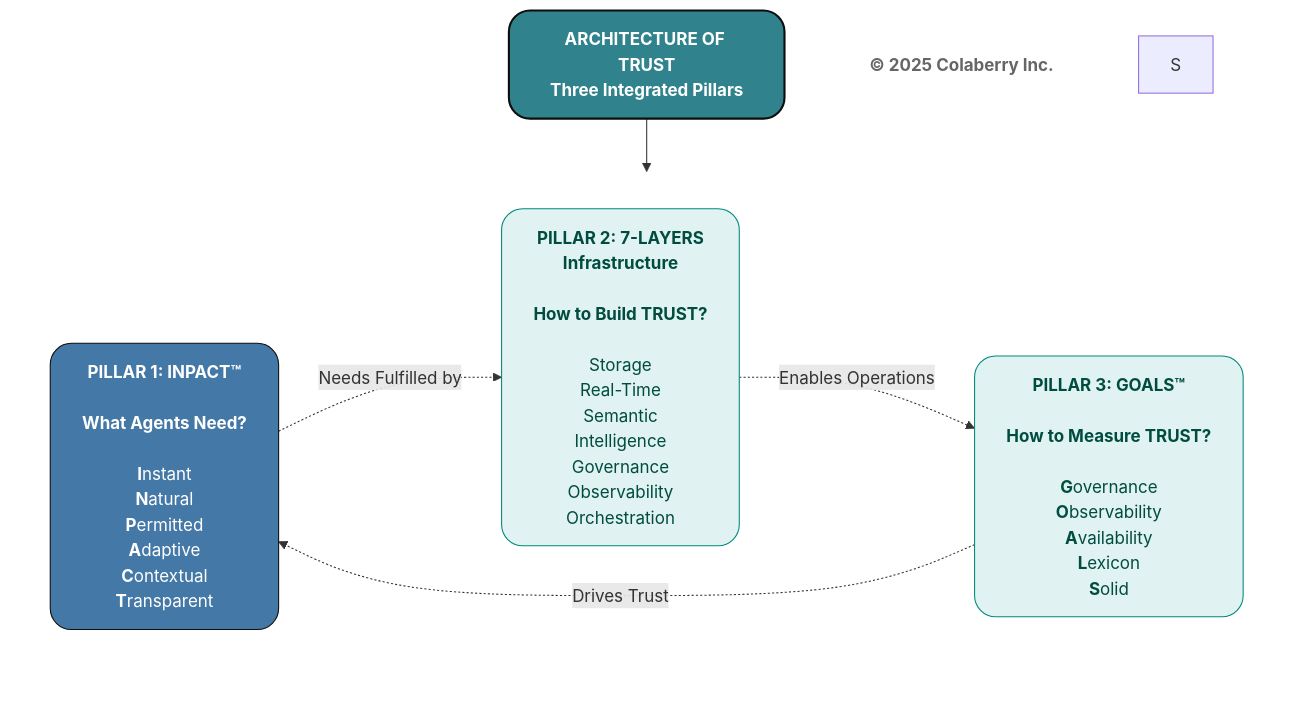
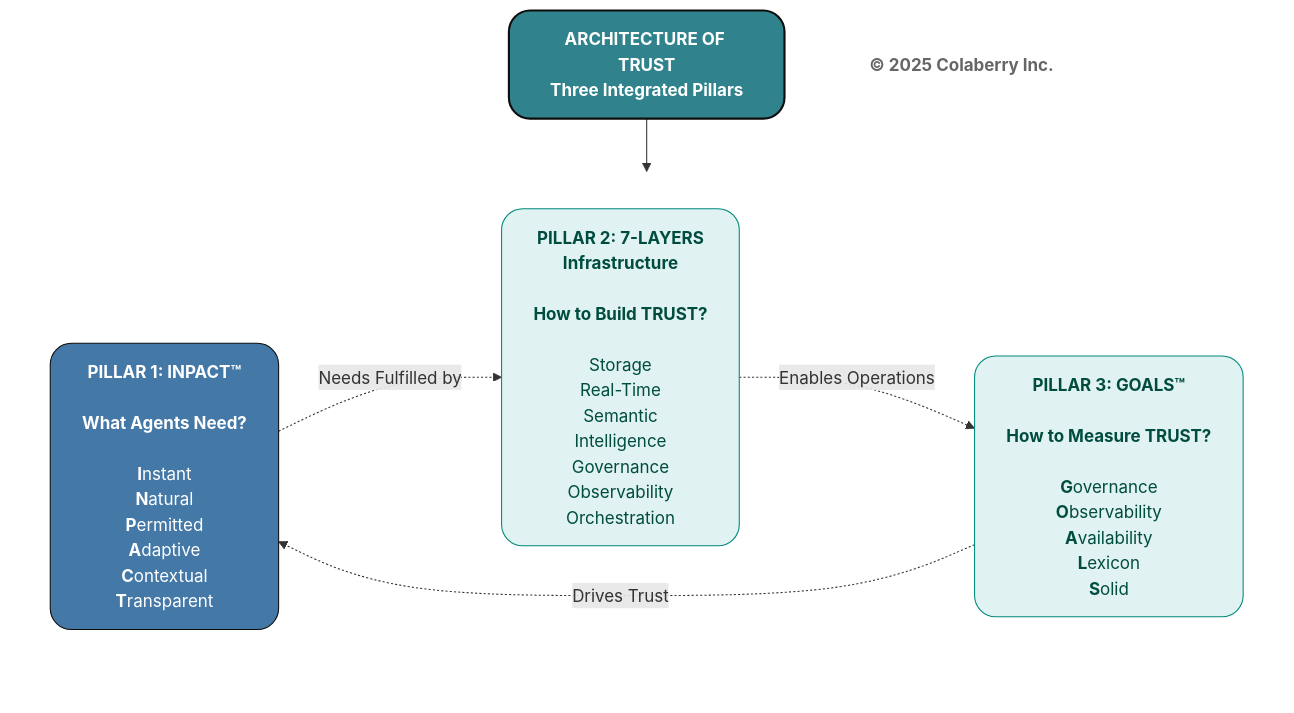
One commit to saitejesh-cyber/trust-before-intelligence-book changed the fourth of 4 diagrams in manuscript/01_chapter_0_trust_before_intelligence.md. Above: the diagram before and after it, drawn with Mermaid.

Commit message:
Chapter1: Updated mermaid diagrams based on new colaberry color code

````diff
--- a/manuscript/01_chapter_0_trust_before_intelligence.md
+++ b/manuscript/01_chapter_0_trust_before_intelligence.md
@@ -331,30 +331,30 @@
 ```mermaid
 
 graph TB
     Title["<b>ARCHITECTURE OF TRUST</b><br/><b>Three Integrated Pillars</b>"]
     
     subgraph PILLARS[" "]
         direction LR
         INPACT["<b>PILLAR 1: INPACT™</b><br/><br/><b>What Agents Need?</b><br/><br/><b>I</b>nstant<br/><b>N</b>atural<br/><b>P</b>ermitted<br/><b>A</b>daptive<br/><b>C</b>ontextual<br/><b>T</b>ransparent"]
         
         Layers["<b>PILLAR 2: 7-LAYERS</b><br/><b>Infrastructure</b><br/><br/><b>How to Build TRUST?</b><br/><br/>Storage<br/>Real-Time<br/>Semantic<br/>Intelligence<br/>Governance<br/>Observability<br/>Orchestration"]
         
         GOALS["<b>PILLAR 3: GOALS™</b><br/><br/><b>How to Measure TRUST?</b><br/><br/><b>G</b>overnance<br/><b>O</b>bservability<br/><b>A</b>vailability<br/><b>L</b>exicon<br/><b>S</b>olid"]
     end
     
     Copyright["<b>© 2025 Colaberry Inc.</b>"]
     
     Title --> PILLARS
     
     INPACT -.->|"Needs Fulfilled by"| Layers
     Layers -.->|"Enables Operations"| GOALS
     GOALS -.->|"Drives Trust"| INPACT
     
     style Title fill:#30838C,color:#ffffff,stroke:#0D0D0D,stroke-width:2px,rx:20,ry:20
     style PILLARS fill:none,stroke:none
     style INPACT fill:#4478A6,stroke:#0D0D0D,stroke-width:1px,color:#ffffff,rx:20,ry:20
     style Layers fill:#e0f2f1,stroke:#00897b,stroke-width:1px,color:#004d40,rx:20,ry:20
     style GOALS fill:#e0f2f1,stroke:#00897b,stroke-width:1px,color:#004d40,rx:20,ry:20
     style Copyright fill:#ffffff,stroke:none,color:#666666
-S
+
 ```
````
